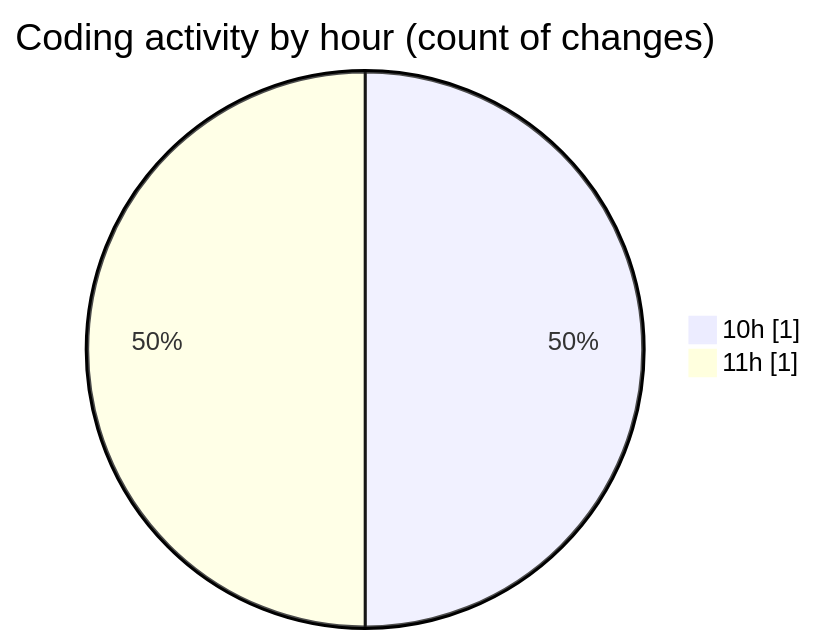
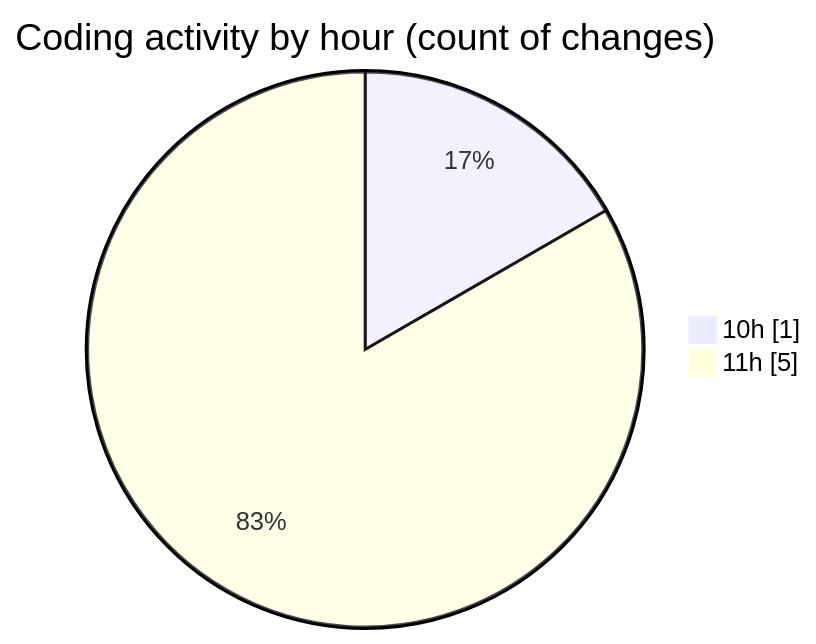
Before and after one commit to LanceThiago/code-tracking: the second of 2 diagrams in 2025-06-06/qrcodejs-master/README.md, drawn with Mermaid. The commit also changed other lines of this file and 1 other file, not shown here.

````diff
--- a/2025-06-06/qrcodejs-master/README.md
+++ b/2025-06-06/qrcodejs-master/README.md
@@ -29,6 +30,6 @@
 ```mermaid
 pie showData
 title Coding activity by hour (count of changes)
 "10h" : 1
-"11h" : 1
+"11h" : 5
 ```
````
